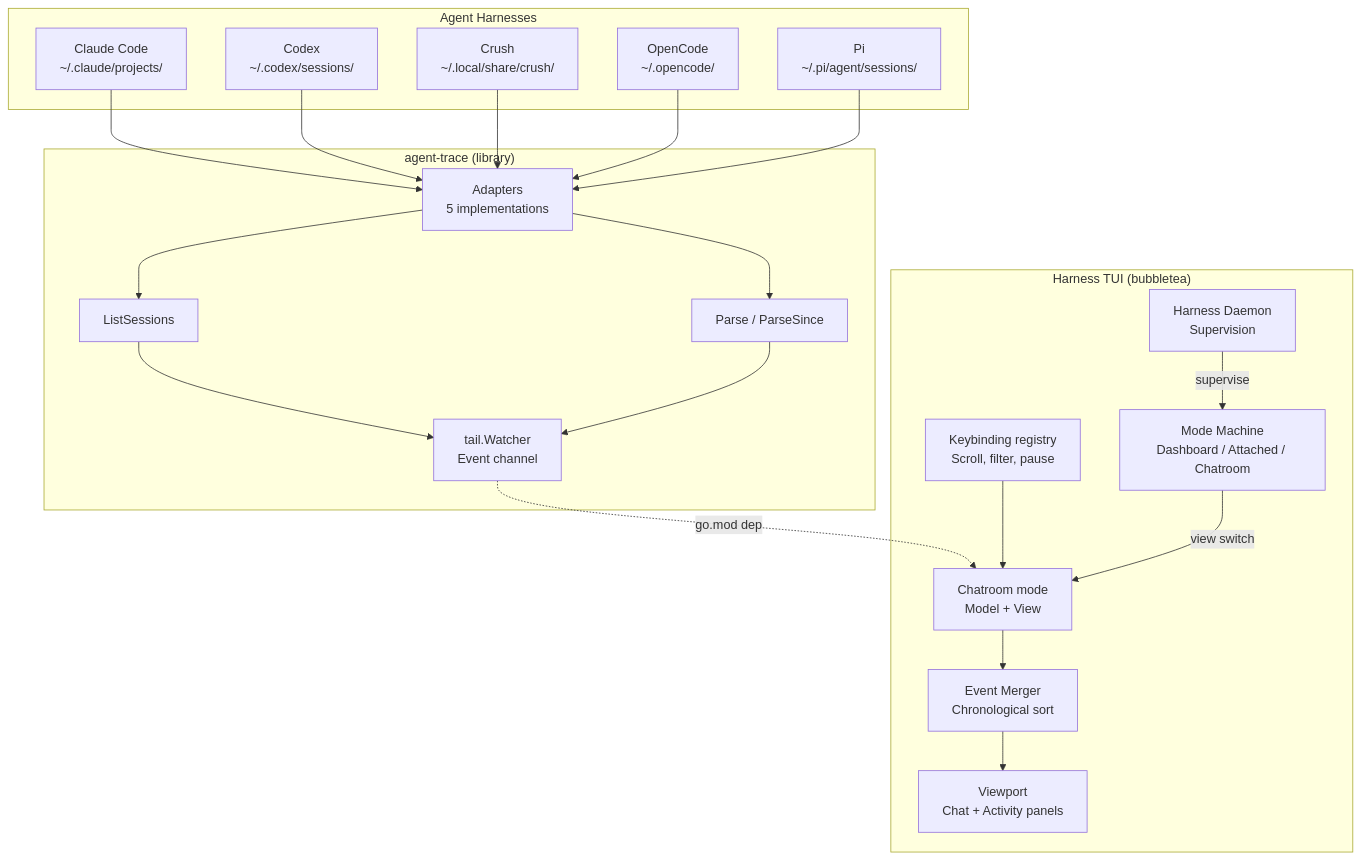
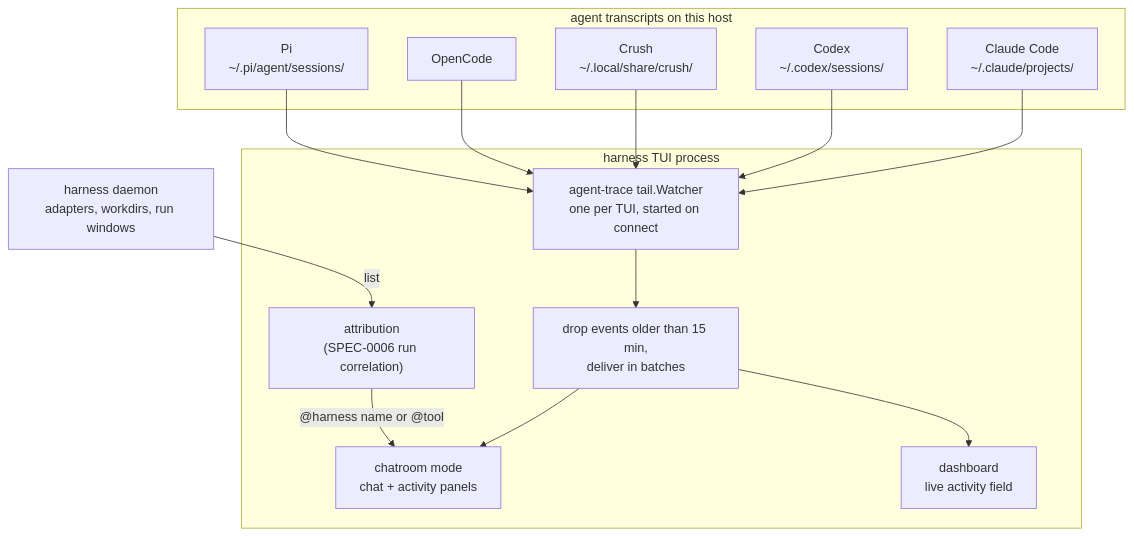
One commit to stump-wtf/harness changed the diagram in docs/adrs/adr-0015-chatroom-tui.md. Above: the diagram before and after it, drawn with Mermaid. The commit also changed other lines of this file and 12 other files, not shown here.

````diff
--- a/docs/adrs/adr-0015-chatroom-tui.md
+++ b/docs/adrs/adr-0015-chatroom-tui.md
@@ -108,42 +160,27 @@
 ```mermaid
-graph TD
-    subgraph "Agent Harnesses"
-        CC["Claude Code<br/>~/.claude/projects/"]
-        CX["Codex<br/>~/.codex/sessions/"]
-        CR["Crush<br/>~/.local/share/crush/"]
-        OC["OpenCode<br/>~/.opencode/"]
-        PI["Pi<br/>~/.pi/agent/sessions/"]
+flowchart TD
+    subgraph transcripts["agent transcripts on this host"]
+        CC["Claude Code<br/>~/.claude/projects/"]:::store
+        CX["Codex<br/>~/.codex/sessions/"]:::store
+        CR["Crush<br/>~/.local/share/crush/"]:::store
+        OC["OpenCode"]:::store
+        PI["Pi<br/>~/.pi/agent/sessions/"]:::store
     end
 
-    subgraph "agent-trace (library)"
-        AD["Adapters<br/>5 implementations"]
-        LW["ListSessions"]
-        PS["Parse / ParseSince"]
-        WT["tail.Watcher<br/>Event channel"]
+    subgraph tui["harness TUI process"]
+        WT["agent-trace tail.Watcher<br/>one per TUI, started on connect"]:::client
+        FLT["drop events older than 15 min,<br/>deliver in batches"]:::client
+        CHAT["chatroom mode<br/>chat + activity panels"]:::client
+        DASH["dashboard<br/>live activity field"]:::client
+        ATTR["attribution<br/>(SPEC-0006 run correlation)"]:::client
     end
 
-    subgraph "Harness TUI (bubbletea)"
-        MAIN["Mode Machine<br/>Dashboard / Attached / Chatroom"]
-        CHAT["Chatroom mode<br/>Model + View"]
-        EM["Event Merger<br/>Chronological sort"]
-        VP["Viewport<br/>Chat + Activity panels"]
-        KB["Keybinding registry<br/>Scroll, filter, pause"]
-        DAEMON["Harness Daemon<br/>Supervision"]
-    end
+    D["harness daemon<br/>adapters, workdirs, run windows"]:::daemon
 
-    CC --> AD
-    CX --> AD
-    CR --> AD
-    OC --> AD
-    PI --> AD
-    AD --> LW
-    AD --> PS
-    LW --> WT
-    PS --> WT
-    WT -.->|go.mod dep| CHAT
-    CHAT --> EM
-    EM --> VP
-    KB --> CHAT
-    MAIN -->|view switch| CHAT
-    DAEMON -->|supervise| MAIN
+    CC & CX & CR & OC & PI --> WT
+    WT --> FLT
+    FLT --> CHAT
+    FLT --> DASH
+    D -->|"list"| ATTR
+    ATTR -->|"@harness name or @tool"| CHAT
 ```
````
